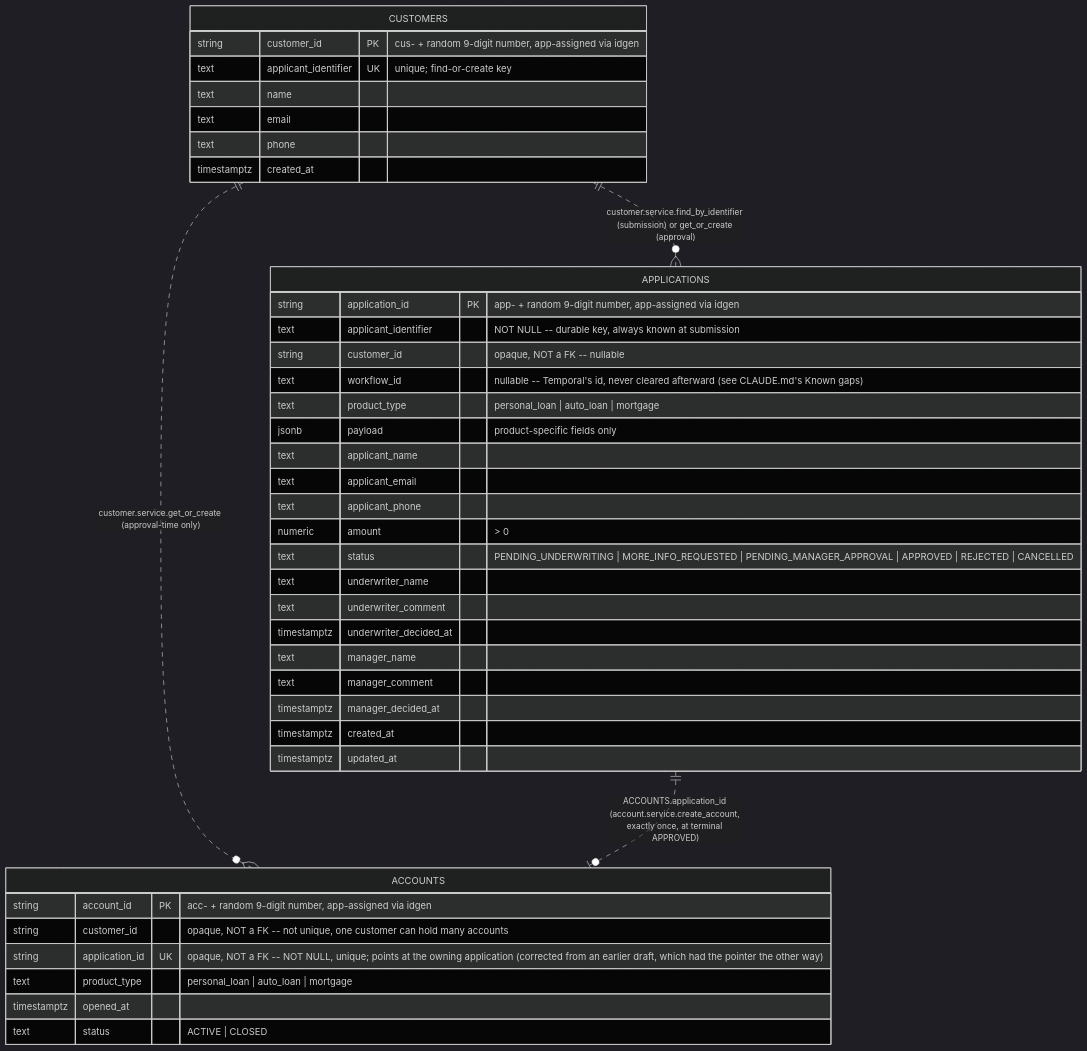
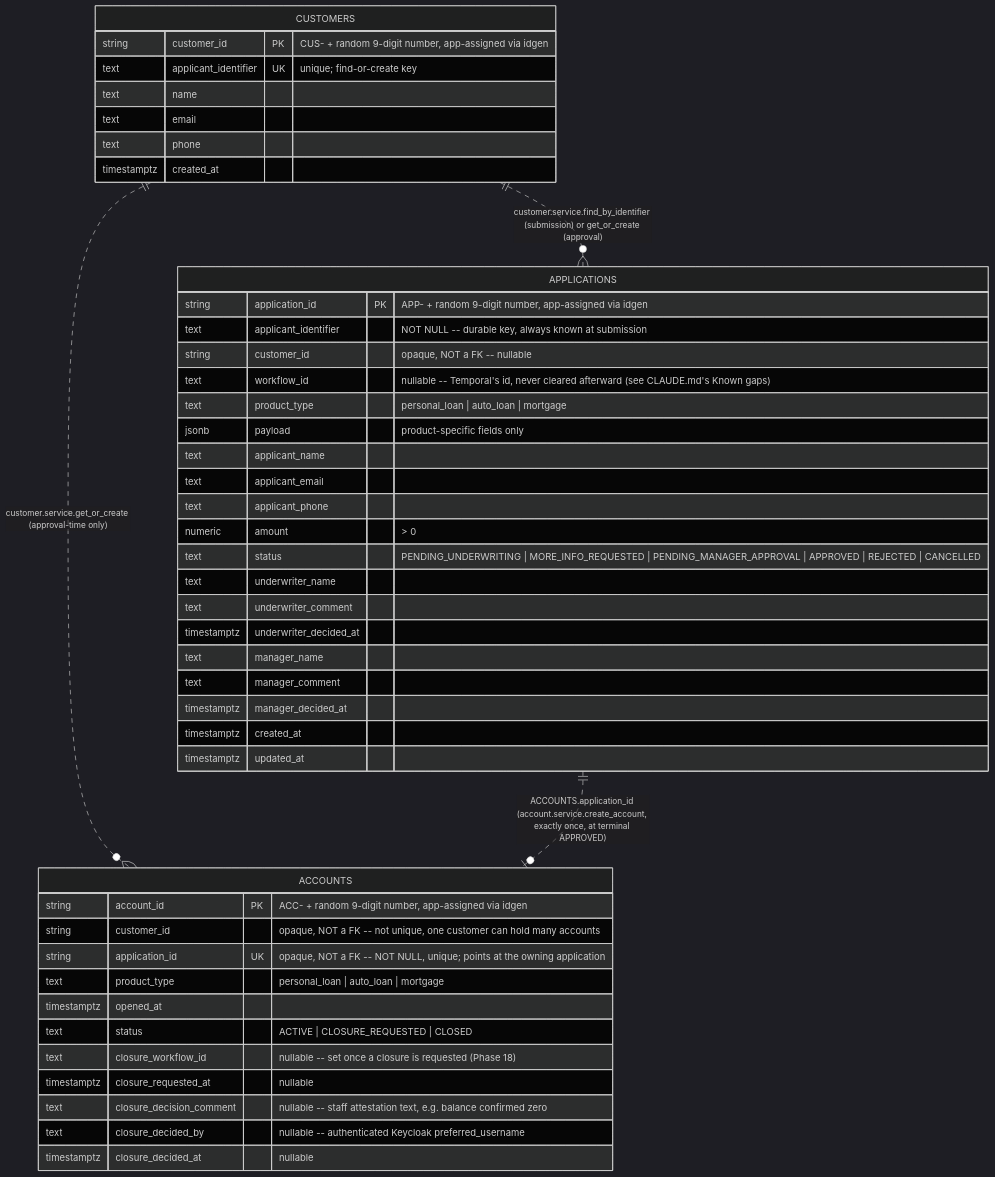
One commit to bunyawats/loan-onboarding-poc changed the diagram in docs/diagrams/er-diagram.md. Above: the diagram before and after it, drawn with Mermaid (dark theme). The commit also changed other lines of this file and 1 other file, not shown here.

````diff
--- a/docs/diagrams/er-diagram.md
+++ b/docs/diagrams/er-diagram.md
@@ -18,46 +18,51 @@
 ```mermaid
 erDiagram
     CUSTOMERS ||..o{ ACCOUNTS : "customer.service.get_or_create (approval-time only)"
     CUSTOMERS ||..o{ APPLICATIONS : "customer.service.find_by_identifier (submission) or get_or_create (approval)"
     APPLICATIONS ||..o| ACCOUNTS : "ACCOUNTS.application_id (account.service.create_account, exactly once, at terminal APPROVED)"
 
     CUSTOMERS {
-        string customer_id PK "cus- + random 9-digit number, app-assigned via idgen"
+        string customer_id PK "CUS- + random 9-digit number, app-assigned via idgen"
         text applicant_identifier UK "unique; find-or-create key"
         text name
         text email
         text phone
         timestamptz created_at
     }
 
     ACCOUNTS {
-        string account_id PK "acc- + random 9-digit number, app-assigned via idgen"
+        string account_id PK "ACC- + random 9-digit number, app-assigned via idgen"
         string customer_id "opaque, NOT a FK -- not unique, one customer can hold many accounts"
-        string application_id UK "opaque, NOT a FK -- NOT NULL, unique; points at the owning application (corrected from an earlier draft, which had the pointer the other way)"
+        string application_id UK "opaque, NOT a FK -- NOT NULL, unique; points at the owning application"
         text product_type "personal_loan | auto_loan | mortgage"
         timestamptz opened_at
-        text status "ACTIVE | CLOSED"
+        text status "ACTIVE | CLOSURE_REQUESTED | CLOSED"
+        text closure_workflow_id "nullable -- set once a closure is requested (Phase 18)"
+        timestamptz closure_requested_at "nullable"
+        text closure_decision_comment "nullable -- staff attestation text, e.g. balance confirmed zero"
+        text closure_decided_by "nullable -- authenticated Keycloak preferred_username"
+        timestamptz closure_decided_at "nullable"
     }
 
     APPLICATIONS {
-        string application_id PK "app- + random 9-digit number, app-assigned via idgen"
+        string application_id PK "APP- + random 9-digit number, app-assigned via idgen"
         text applicant_identifier "NOT NULL -- durable key, always known at submission"
         string customer_id "opaque, NOT a FK -- nullable"
         text workflow_id "nullable -- Temporal's id, never cleared afterward (see CLAUDE.md's Known gaps)"
         text product_type "personal_loan | auto_loan | mortgage"
         jsonb payload "product-specific fields only"
         text applicant_name
         text applicant_email
         text applicant_phone
         numeric amount "> 0"
         text status "PENDING_UNDERWRITING | MORE_INFO_REQUESTED | PENDING_MANAGER_APPROVAL | APPROVED | REJECTED | CANCELLED"
         text underwriter_name
         text underwriter_comment
         timestamptz underwriter_decided_at
         text manager_name
         text manager_comment
         timestamptz manager_decided_at
         timestamptz created_at
         timestamptz updated_at
     }
 ```
````
